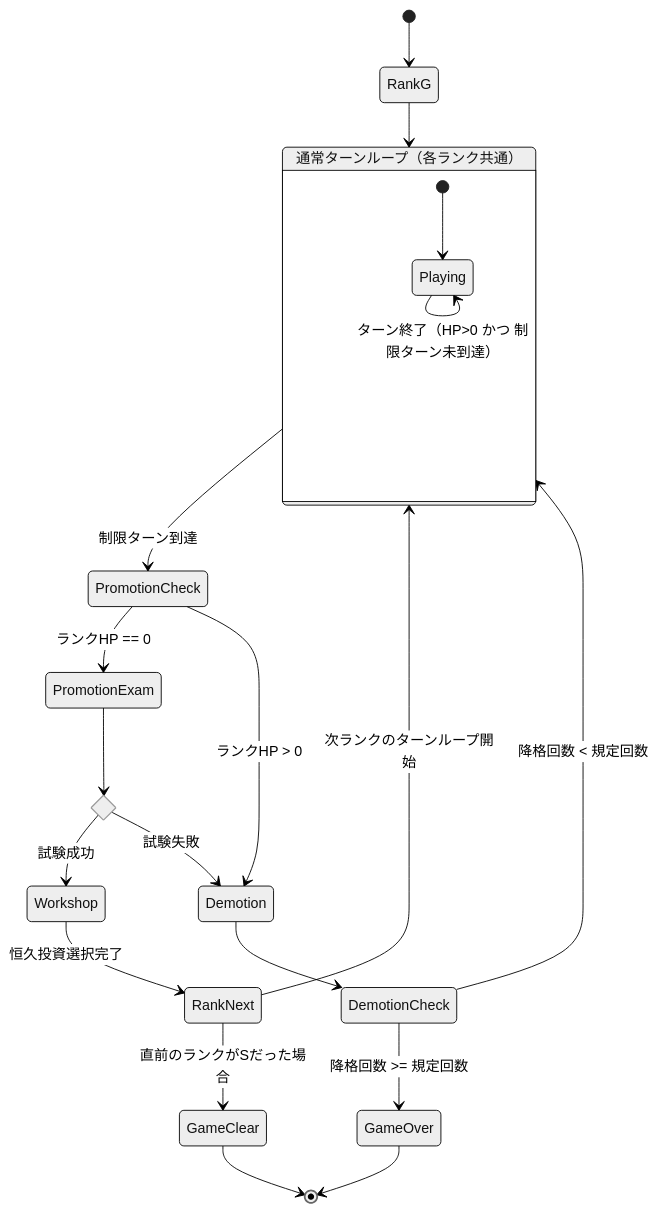
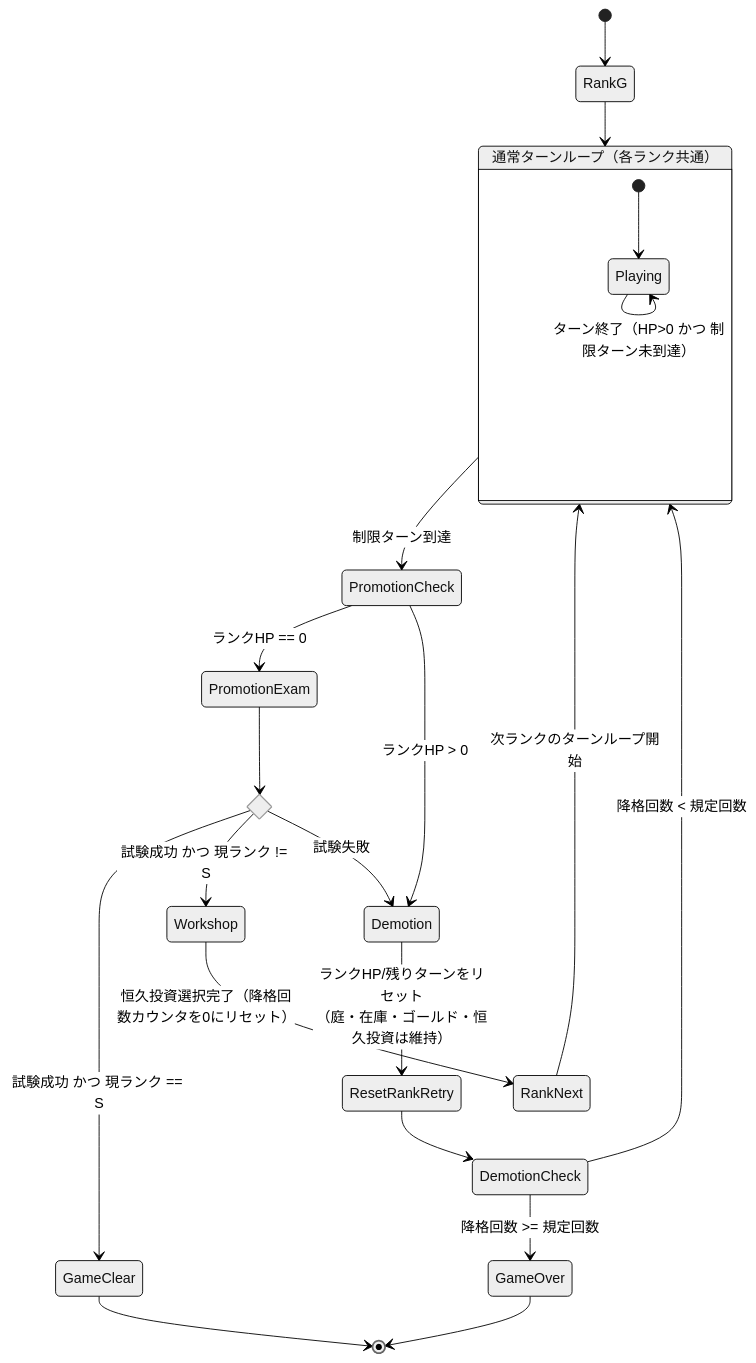
The fifth of 5 diagrams in docs/design/atelier-alchemy-core/dataflow.md (yaguma/alchemy-atelier), drawn with Mermaid (neutral theme) before and after one commit. The commit also changed other lines of this file and 12 other files, not shown here.

````diff
--- a/docs/design/atelier-alchemy-core/dataflow.md
+++ b/docs/design/atelier-alchemy-core/dataflow.md
@@ -185,33 +203,34 @@
 ```mermaid
 stateDiagram-v2
     [*] --> RankG
 
     state "通常ターンループ（各ランク共通）" as TurnLoop {
         [*] --> Playing
         Playing --> Playing: ターン終了（HP>0 かつ 制限ターン未到達）
     }
 
     RankG --> TurnLoop
     TurnLoop --> PromotionCheck: 制限ターン到達
 
     state PromotionCheck <<choice>>
     PromotionCheck --> PromotionExam: ランクHP == 0
     PromotionCheck --> Demotion: ランクHP > 0
 
     state PromotionExam2 <<choice>>
     PromotionExam --> PromotionExam2
-    PromotionExam2 --> Workshop: 試験成功
+    PromotionExam2 --> GameClear: 試験成功 かつ 現ランク == S
+    PromotionExam2 --> Workshop: 試験成功 かつ 現ランク != S
     PromotionExam2 --> Demotion: 試験失敗
 
-    Demotion --> DemotionCheck
+    Demotion --> ResetRankRetry: ランクHP/残りターンをリセット<br/>（庭・在庫・ゴールド・恒久投資は維持）
+    ResetRankRetry --> DemotionCheck
     state DemotionCheck <<choice>>
     DemotionCheck --> TurnLoop: 降格回数 < 規定回数
     DemotionCheck --> GameOver: 降格回数 >= 規定回数
 
-    Workshop --> RankNext: 恒久投資選択完了
+    Workshop --> RankNext: 恒久投資選択完了（降格回数カウンタを0にリセット）
     RankNext --> TurnLoop: 次ランクのターンループ開始
 
-    RankNext --> GameClear: 直前のランクがSだった場合
     GameClear --> [*]
     GameOver --> [*]
 ```
````
